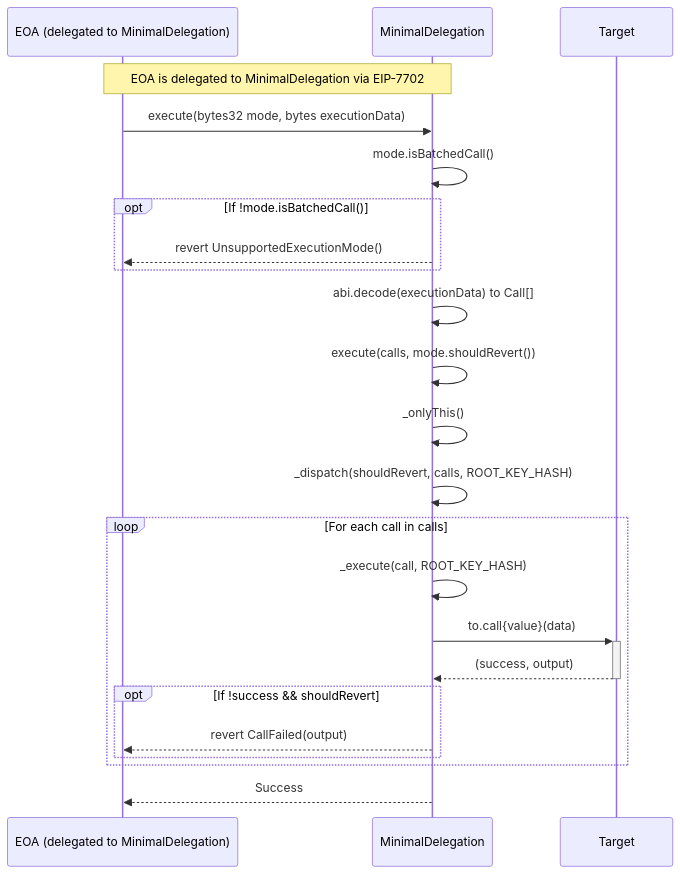
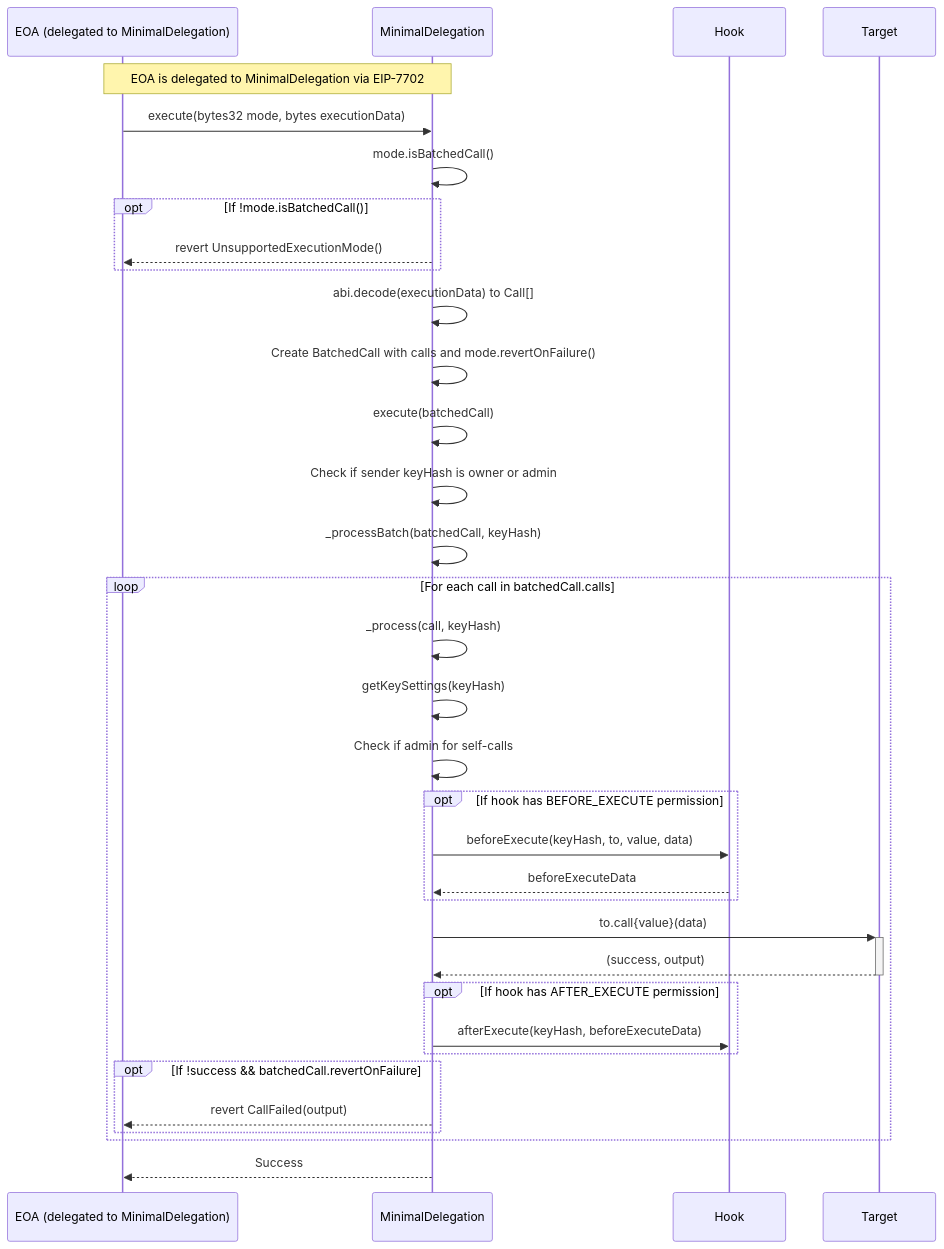
Before and after one commit to Uniswap/minimal-delegation: the fourth of 7 diagrams in README.md, drawn with Mermaid. The commit also changed other lines of this file, not shown here.

Commit message:
new diagrams

````diff
--- a/README.md
+++ b/README.md
@@ -140,29 +158,44 @@
 ```mermaid
 sequenceDiagram
     participant SignerAccount as EOA (delegated to MinimalDelegation)
     participant Account as MinimalDelegation
+    participant Hook
     participant Target
     
     Note over SignerAccount, Account: EOA is delegated to MinimalDelegation via EIP-7702
     SignerAccount->>Account: execute(bytes32 mode, bytes executionData)
     Account->>Account: mode.isBatchedCall()
     opt If !mode.isBatchedCall()
         Account-->>SignerAccount: revert UnsupportedExecutionMode()
     end
     
     Account->>Account: abi.decode(executionData) to Call[]
-    Account->>Account: execute(calls, mode.shouldRevert())
-    Account->>Account: _onlyThis()
-    Account->>Account: _dispatch(shouldRevert, calls, ROOT_KEY_HASH)
+    Account->>Account: Create BatchedCall with calls and mode.revertOnFailure()
+    Account->>Account: execute(batchedCall)
+    Account->>Account: Check if sender keyHash is owner or admin
+    Account->>Account: _processBatch(batchedCall, keyHash)
     
-    loop For each call in calls
-        Account->>Account: _execute(call, ROOT_KEY_HASH)
+    loop For each call in batchedCall.calls
+        Account->>Account: _process(call, keyHash)
+        Account->>Account: getKeySettings(keyHash)
+        Account->>Account: Check if admin for self-calls
+        
+        opt If hook has BEFORE_EXECUTE permission
+            Account->>Hook: beforeExecute(keyHash, to, value, data)
+            Hook-->>Account: beforeExecuteData
+        end
+        
         Account->>+Target: to.call{value}(data)
         Target-->>-Account: (success, output)
-        opt If !success && shouldRevert
+        
+        opt If hook has AFTER_EXECUTE permission
+            Account->>Hook: afterExecute(keyHash, beforeExecuteData)
+        end
+        
+        opt If !success && batchedCall.revertOnFailure
             Account-->>SignerAccount: revert CallFailed(output)
         end
     end
     
     Account-->>SignerAccount: Success
 ```
````
